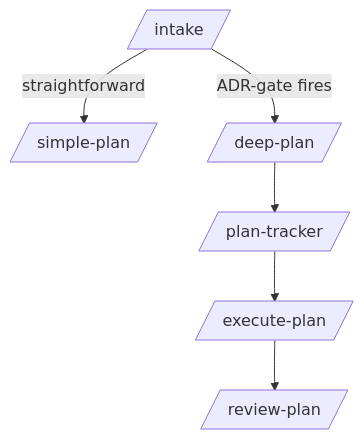
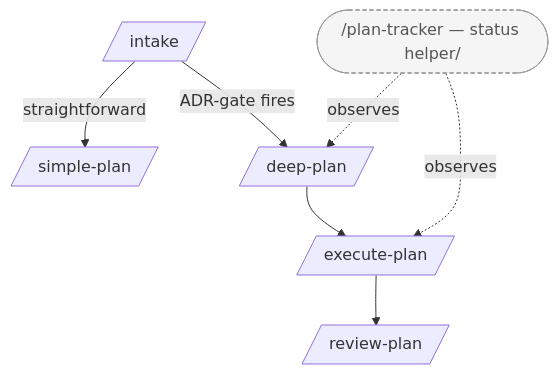
One commit to vpaivag/skills changed the diagram in README.md. Above: the diagram before and after it, drawn with Mermaid.

Commit message:
Show /plan-tracker as a sidecar in the loop diagram
It's a read-only status helper that observes /deep-plan and
/execute-plan, not a stage on the path. Style it dashed and link with
"observes" edges instead of placing it inline.

````diff
--- a/README.md
+++ b/README.md
@@ -7,15 +7,20 @@
 ```mermaid
 flowchart TD
     intake[/intake/]
     simple[/simple-plan/]
     deep[/deep-plan/]
-    tracker[/plan-tracker/]
     execute[/execute-plan/]
     review[/review-plan/]
+    tracker([/plan-tracker — status helper/])
 
     intake -->|straightforward| simple
     intake -->|ADR-gate fires| deep
-    deep --> tracker
-    tracker --> execute
+    deep --> execute
     execute --> review
+
+    tracker -.observes.-> deep
+    tracker -.observes.-> execute
+
+    classDef helper fill:#f5f5f5,stroke:#999,stroke-dasharray:4 3,color:#555
+    class tracker helper
 ```
````
